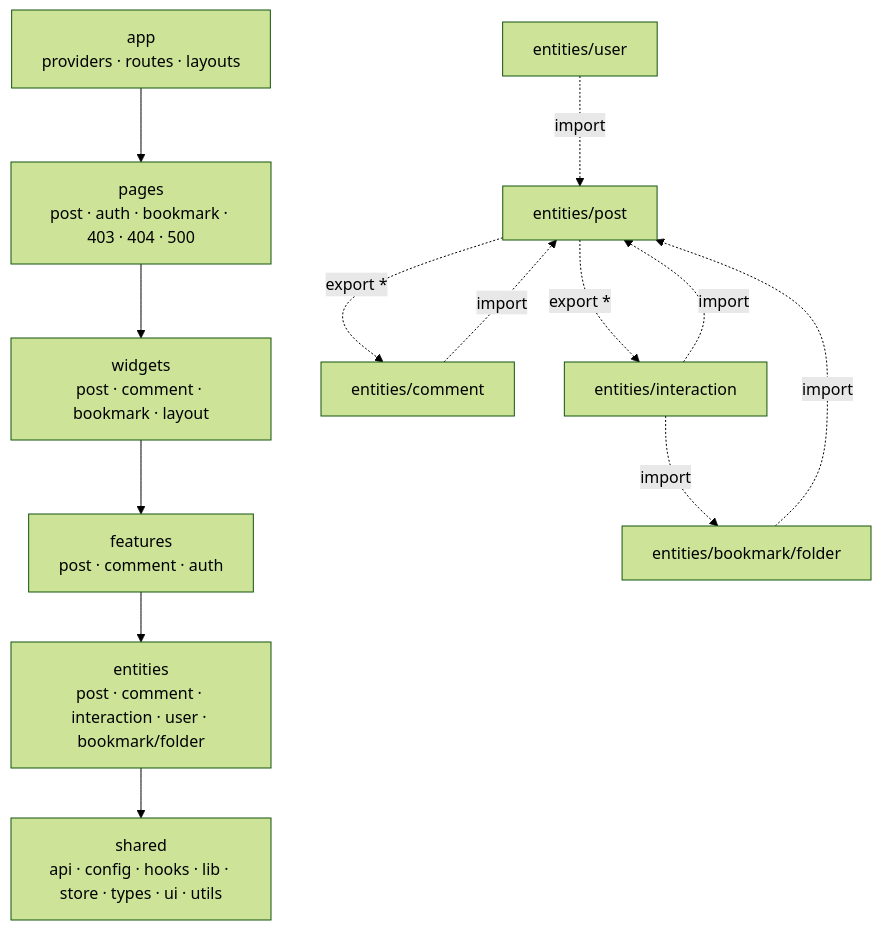
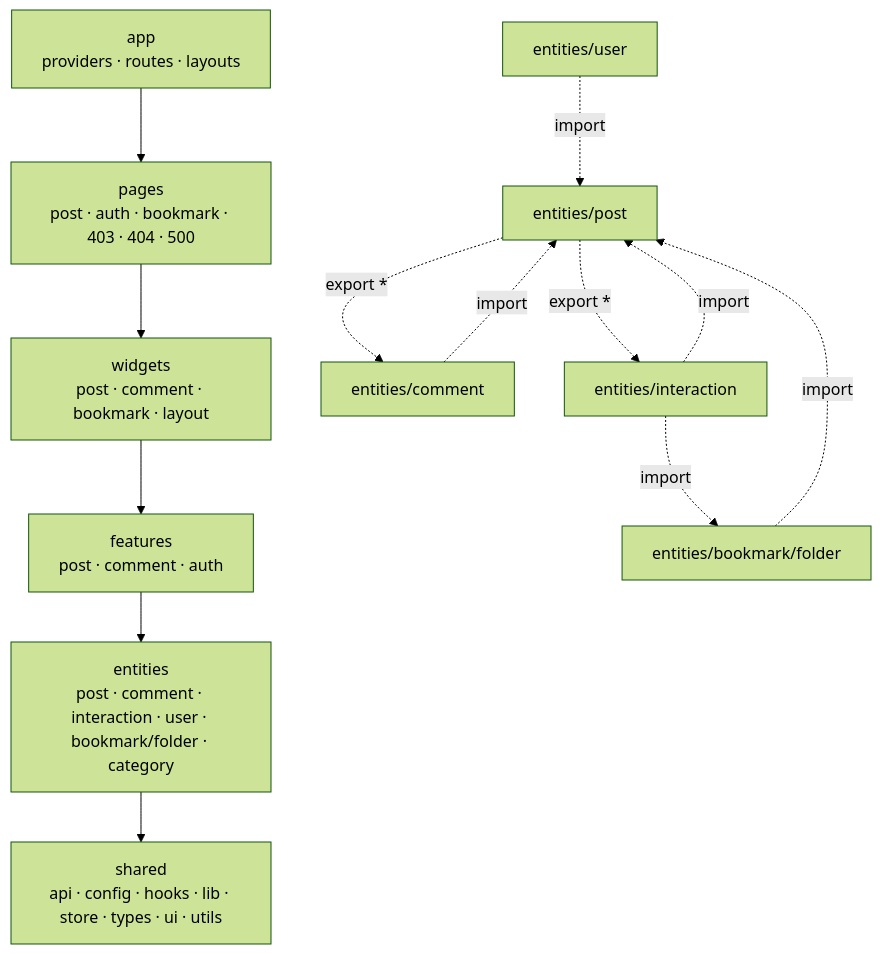
Before and after one commit to BAECHAN/link-sphere_FE_NEW: the diagram in docs/FE-ARCHITECTURE.md, drawn with Mermaid (forest theme). The commit also changed other lines of this file and 13 other files, not shown here.

````diff
--- a/docs/FE-ARCHITECTURE.md
+++ b/docs/FE-ARCHITECTURE.md
@@ -58,16 +58,16 @@
 ```mermaid
 flowchart TD
   App["app<br/>providers · routes · layouts"] --> Pages["pages<br/>post · auth · bookmark · 403 · 404 · 500"]
   Pages --> Widgets["widgets<br/>post · comment · bookmark · layout"]
   Widgets --> Features["features<br/>post · comment · auth"]
-  Features --> Entities["entities<br/>post · comment · interaction · user · bookmark/folder"]
+  Features --> Entities["entities<br/>post · comment · interaction · user · bookmark/folder · category"]
   Entities --> Shared["shared<br/>api · config · hooks · lib · store · types · ui · utils"]
 
   EPost["entities/post"] -.export *.-> EComment["entities/comment"]
   EPost -.export *.-> EInteraction["entities/interaction"]
   EFolder["entities/bookmark/folder"] -.import.-> EPost
   EComment -.import.-> EPost
   EInteraction -.import.-> EPost
   EInteraction -.import.-> EFolder
   EUser["entities/user"] -.import.-> EPost
 ```
````
